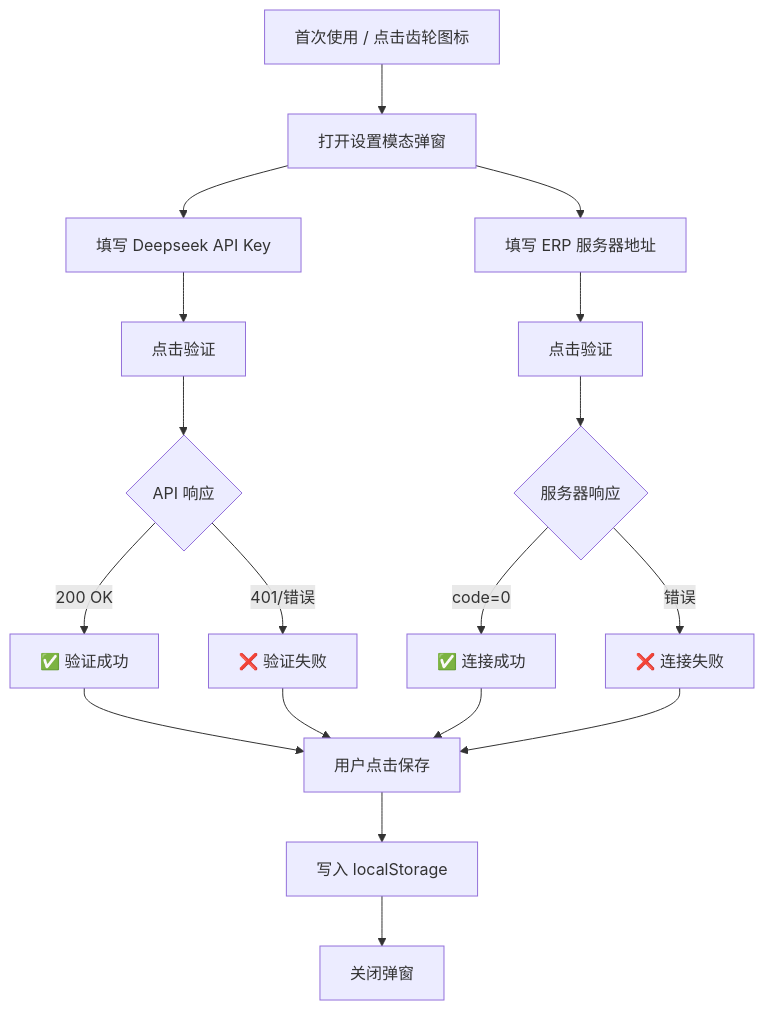
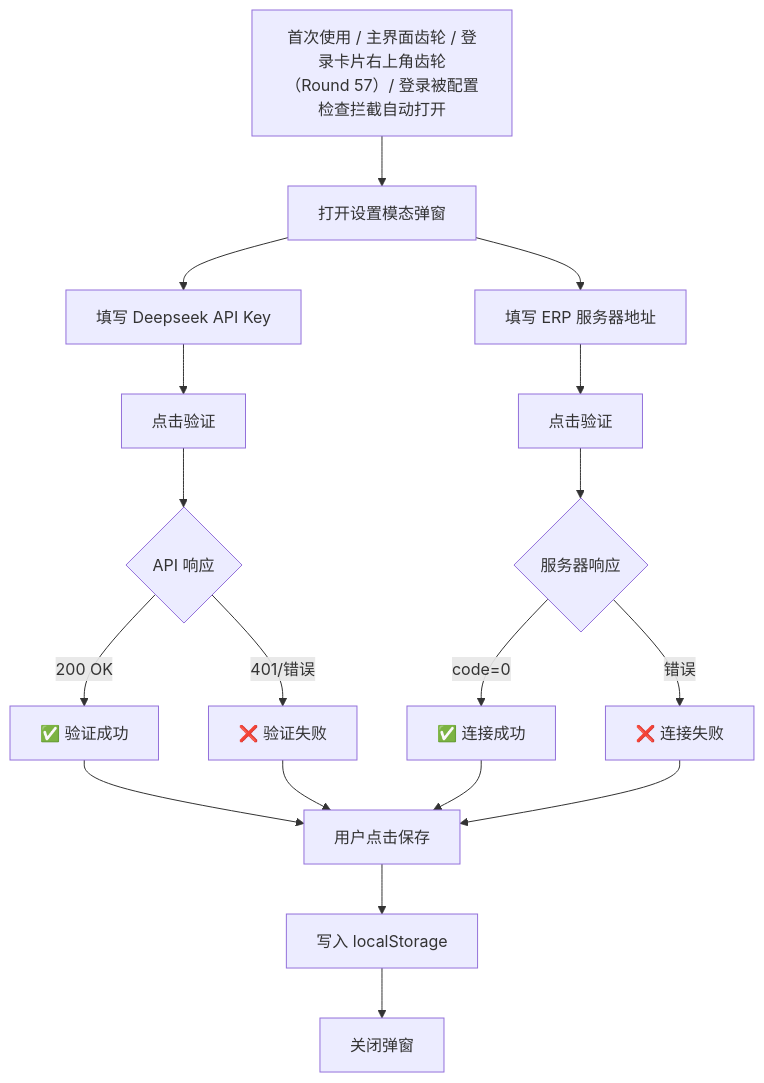
Before and after one commit to ksmingkimo/AsCoding: the eighth of 23 diagrams in 流程图.md, drawn with Mermaid. The commit also changed other lines of this file and 19 other files, not shown here.

````diff
--- a/流程图.md
+++ b/流程图.md
@@ -282,17 +287,17 @@
 ```mermaid
 flowchart TD
-    A[首次使用 / 点击齿轮图标] --> B[打开设置模态弹窗]
+    A[首次使用 / 主界面齿轮 / 登录卡片右上角齿轮<br/>（Round 57）/ 登录被配置检查拦截自动打开] --> B[打开设置模态弹窗]
     B --> C[填写 Deepseek API Key]
     B --> D[填写 ERP 服务器地址]
     C --> E[点击验证]
     E --> F{API 响应}
     F -->|200 OK| G[✅ 验证成功]
     F -->|401/错误| H[❌ 验证失败]
     D --> I[点击验证]
     I --> J{服务器响应}
     J -->|code=0| K[✅ 连接成功]
     J -->|错误| L[❌ 连接失败]
     G & H & K & L --> M[用户点击保存]
     M --> N[写入 localStorage]
     N --> O[关闭弹窗]
 ```
````
